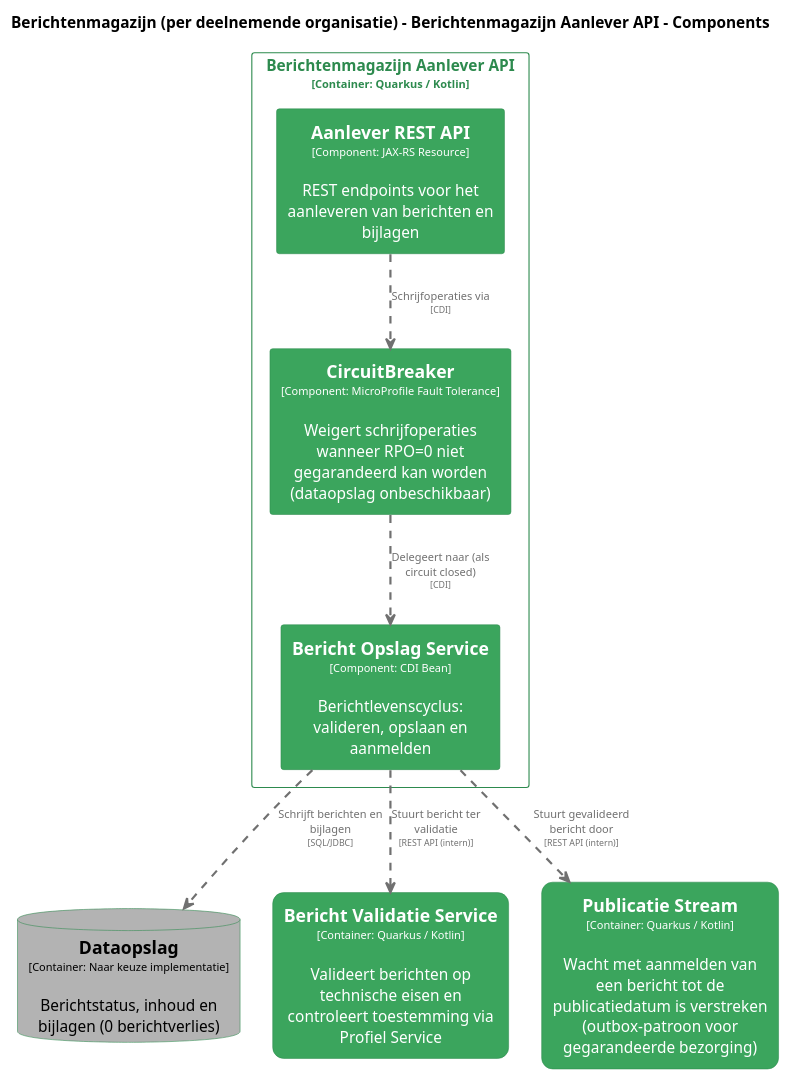
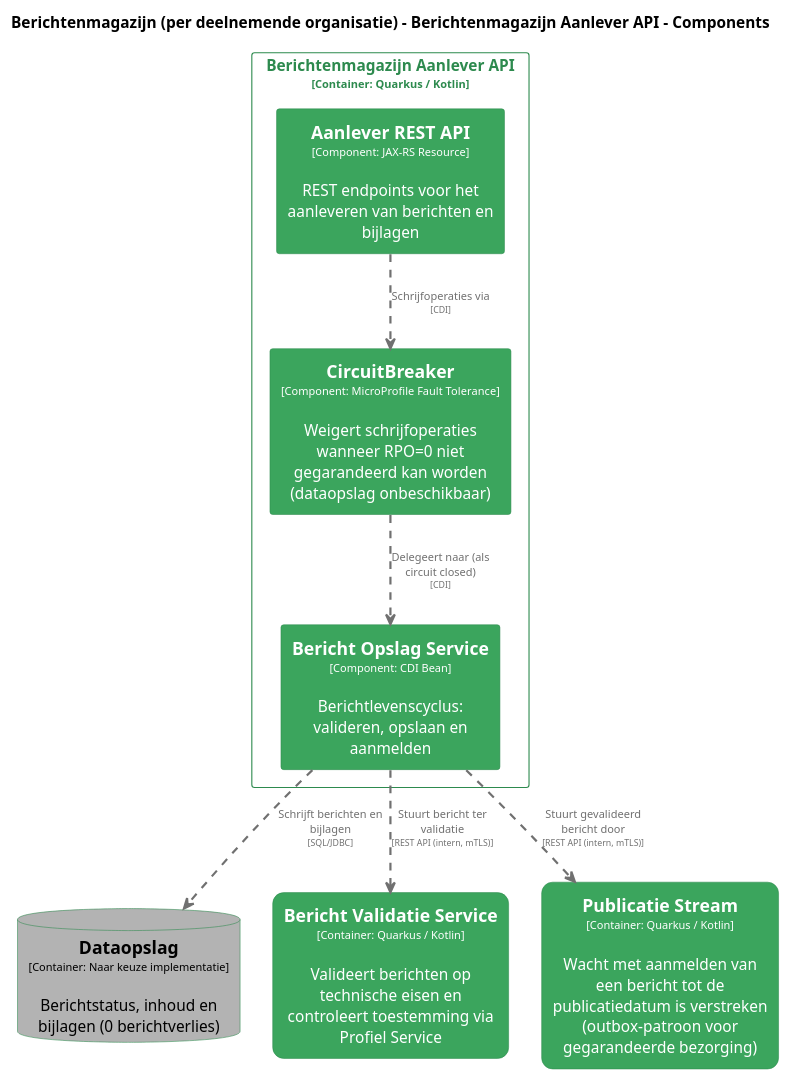
The diagram in pr-preview/pr-22/master/puml/AanleverAPIComponenten.puml (MinBZK/moza-poc-fbs-berichtenbox), drawn with PlantUML before and after one commit. The commit also changed 15 other files, not shown here.

```diff
--- a/pr-preview/pr-22/master/puml/AanleverAPIComponenten.puml
+++ b/pr-preview/pr-22/master/puml/AanleverAPIComponenten.puml
@@ -1,77 +1,77 @@
 @startuml
 set separator none
 title Berichtenmagazijn (per deelnemende organisatie) - Berichtenmagazijn Aanlever API - Components
 
 top to bottom direction
 skinparam ranksep 60
 skinparam nodesep 30
 
 skinparam {
   arrowFontSize 10
   defaultTextAlignment center
   wrapWidth 200
   maxMessageSize 100
 }
 
 hide stereotype
 
 skinparam rectangle<<Berichtenmagazijnperdeelnemendeorganisatie.BerichtenmagazijnAanleverAPI.AanleverRESTAPI>> {
   BackgroundColor #3ba55d
   FontColor #ffffff
   BorderColor #2d8a4e
   shadowing false
 }
 skinparam rectangle<<Berichtenmagazijnperdeelnemendeorganisatie.BerichtenmagazijnAanleverAPI.BerichtOpslagService>> {
   BackgroundColor #3ba55d
   FontColor #ffffff
   BorderColor #2d8a4e
   shadowing false
 }
 skinparam rectangle<<Berichtenmagazijnperdeelnemendeorganisatie.BerichtValidatieService>> {
   BackgroundColor #3ba55d
   FontColor #ffffff
   BorderColor #2d8a4e
   roundCorner 20
   shadowing false
 }
 skinparam rectangle<<Berichtenmagazijnperdeelnemendeorganisatie.BerichtenmagazijnAanleverAPI.CircuitBreaker>> {
   BackgroundColor #3ba55d
   FontColor #ffffff
   BorderColor #2d8a4e
   shadowing false
 }
 skinparam database<<Berichtenmagazijnperdeelnemendeorganisatie.Dataopslag>> {
   BackgroundColor #b3b3b3
   FontColor #000000
   BorderColor #2d8a4e
   shadowing false
 }
 skinparam rectangle<<Berichtenmagazijnperdeelnemendeorganisatie.PublicatieStream>> {
   BackgroundColor #3ba55d
   FontColor #ffffff
   BorderColor #2d8a4e
   roundCorner 20
   shadowing false
 }
 skinparam rectangle<<Berichtenmagazijnperdeelnemendeorganisatie.BerichtenmagazijnAanleverAPI>> {
   BorderColor #2d8a4e
   FontColor #2d8a4e
   shadowing false
 }
 
 database "==Dataopslag\n<size:10>[Container: Naar keuze implementatie]</size>\n\nBerichtstatus, inhoud en bijlagen (0 berichtverlies)" <<Berichtenmagazijnperdeelnemendeorganisatie.Dataopslag>> as Berichtenmagazijnperdeelnemendeorganisatie.Dataopslag
 rectangle "==Bericht Validatie Service\n<size:10>[Container: Quarkus / Kotlin]</size>\n\nValideert berichten op technische eisen en controleert toestemming via Profiel Service" <<Berichtenmagazijnperdeelnemendeorganisatie.BerichtValidatieService>> as Berichtenmagazijnperdeelnemendeorganisatie.BerichtValidatieService
 rectangle "==Publicatie Stream\n<size:10>[Container: Quarkus / Kotlin]</size>\n\nWacht met aanmelden van een bericht tot de publicatiedatum is verstreken (outbox-patroon voor gegarandeerde bezorging)" <<Berichtenmagazijnperdeelnemendeorganisatie.PublicatieStream>> as Berichtenmagazijnperdeelnemendeorganisatie.PublicatieStream
 
 rectangle "Berichtenmagazijn Aanlever API\n<size:10>[Container: Quarkus / Kotlin]</size>" <<Berichtenmagazijnperdeelnemendeorganisatie.BerichtenmagazijnAanleverAPI>> {
   rectangle "==Aanlever REST API\n<size:10>[Component: JAX-RS Resource]</size>\n\nREST endpoints voor het aanleveren van berichten en bijlagen" <<Berichtenmagazijnperdeelnemendeorganisatie.BerichtenmagazijnAanleverAPI.AanleverRESTAPI>> as Berichtenmagazijnperdeelnemendeorganisatie.BerichtenmagazijnAanleverAPI.AanleverRESTAPI
   rectangle "==CircuitBreaker\n<size:10>[Component: MicroProfile Fault Tolerance]</size>\n\nWeigert schrijfoperaties wanneer RPO=0 niet gegarandeerd kan worden (dataopslag onbeschikbaar)" <<Berichtenmagazijnperdeelnemendeorganisatie.BerichtenmagazijnAanleverAPI.CircuitBreaker>> as Berichtenmagazijnperdeelnemendeorganisatie.BerichtenmagazijnAanleverAPI.CircuitBreaker
   rectangle "==Bericht Opslag Service\n<size:10>[Component: CDI Bean]</size>\n\nBerichtlevenscyclus: valideren, opslaan en aanmelden" <<Berichtenmagazijnperdeelnemendeorganisatie.BerichtenmagazijnAanleverAPI.BerichtOpslagService>> as Berichtenmagazijnperdeelnemendeorganisatie.BerichtenmagazijnAanleverAPI.BerichtOpslagService
 }
 
 Berichtenmagazijnperdeelnemendeorganisatie.BerichtenmagazijnAanleverAPI.AanleverRESTAPI .[#707070,thickness=2].> Berichtenmagazijnperdeelnemendeorganisatie.BerichtenmagazijnAanleverAPI.CircuitBreaker : "<color:#707070>Schrijfoperaties via\n<color:#707070><size:8>[CDI]</size>"
 Berichtenmagazijnperdeelnemendeorganisatie.BerichtenmagazijnAanleverAPI.CircuitBreaker .[#707070,thickness=2].> Berichtenmagazijnperdeelnemendeorganisatie.BerichtenmagazijnAanleverAPI.BerichtOpslagService : "<color:#707070>Delegeert naar (als circuit closed)\n<color:#707070><size:8>[CDI]</size>"
 Berichtenmagazijnperdeelnemendeorganisatie.BerichtenmagazijnAanleverAPI.BerichtOpslagService .[#707070,thickness=2].> Berichtenmagazijnperdeelnemendeorganisatie.Dataopslag : "<color:#707070>Schrijft berichten en bijlagen\n<color:#707070><size:8>[SQL/JDBC]</size>"
-Berichtenmagazijnperdeelnemendeorganisatie.BerichtenmagazijnAanleverAPI.BerichtOpslagService .[#707070,thickness=2].> Berichtenmagazijnperdeelnemendeorganisatie.BerichtValidatieService : "<color:#707070>Stuurt bericht ter validatie\n<color:#707070><size:8>[REST API (intern)]</size>"
-Berichtenmagazijnperdeelnemendeorganisatie.BerichtenmagazijnAanleverAPI.BerichtOpslagService .[#707070,thickness=2].> Berichtenmagazijnperdeelnemendeorganisatie.PublicatieStream : "<color:#707070>Stuurt gevalideerd bericht door\n<color:#707070><size:8>[REST API (intern)]</size>"
+Berichtenmagazijnperdeelnemendeorganisatie.BerichtenmagazijnAanleverAPI.BerichtOpslagService .[#707070,thickness=2].> Berichtenmagazijnperdeelnemendeorganisatie.BerichtValidatieService : "<color:#707070>Stuurt bericht ter validatie\n<color:#707070><size:8>[REST API (intern, mTLS)]</size>"
+Berichtenmagazijnperdeelnemendeorganisatie.BerichtenmagazijnAanleverAPI.BerichtOpslagService .[#707070,thickness=2].> Berichtenmagazijnperdeelnemendeorganisatie.PublicatieStream : "<color:#707070>Stuurt gevalideerd bericht door\n<color:#707070><size:8>[REST API (intern, mTLS)]</size>"
 @enduml
```
